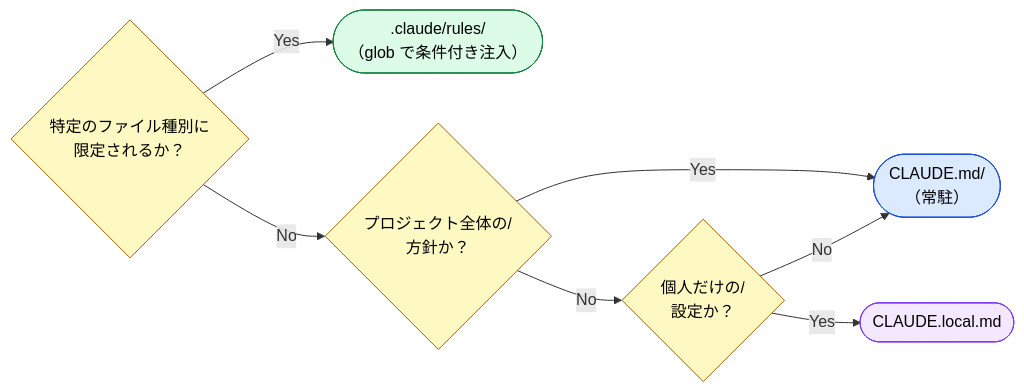
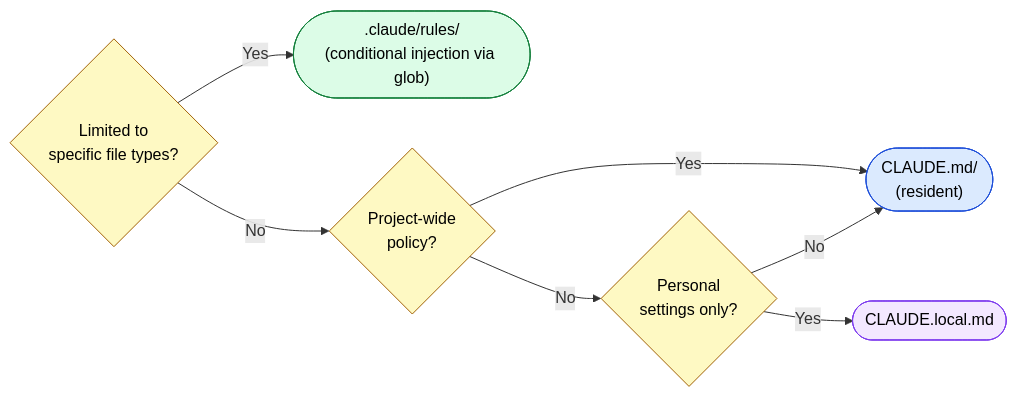
The diagram in docs/appendix/faq.md (shuji-bonji/understanding-llm-through-claude-code), drawn with Mermaid before and after one commit. The commit also changed other lines of this file and 100 other files, not shown here.

````diff
--- a/docs/appendix/faq.md
+++ b/docs/appendix/faq.md
@@ -27,17 +29,17 @@
 ```mermaid
 graph LR
-    Q1{"特定のファイル種別に<br>限定されるか？"}
-    Q1 -->|Yes| R1([".claude/rules/<br>（glob で条件付き注入）"])
-    Q1 -->|No| Q2{"プロジェクト全体の/<br>方針か？"}
-    Q2 -->|Yes| R2(["CLAUDE.md/<br>（常駐）"])
-    Q2 -->|No| Q3{"個人だけの/<br>設定か？"}
+    Q1{"Limited to<br>specific file types?"}
+    Q1 -->|Yes| R1([".claude/rules/<br>(conditional injection via glob)"])
+    Q1 -->|No| Q2{"Project-wide<br>policy?"}
+    Q2 -->|Yes| R2(["CLAUDE.md/<br>(resident)"])
+    Q2 -->|No| Q3{"Personal<br>settings only?"}
     Q3 -->|Yes| R3(["CLAUDE.local.md"])
     Q3 -->|No| R2
 
     style Q1 fill:#fef9c3,stroke:#a16207,color:#000
     style Q2 fill:#fef9c3,stroke:#a16207,color:#000
     style Q3 fill:#fef9c3,stroke:#a16207,color:#000
     style R1 fill:#dcfce7,stroke:#15803d,color:#000
     style R2 fill:#dbeafe,stroke:#1d4ed8,color:#000
     style R3 fill:#f3e8ff,stroke:#7c3aed,color:#000
 ```
````
